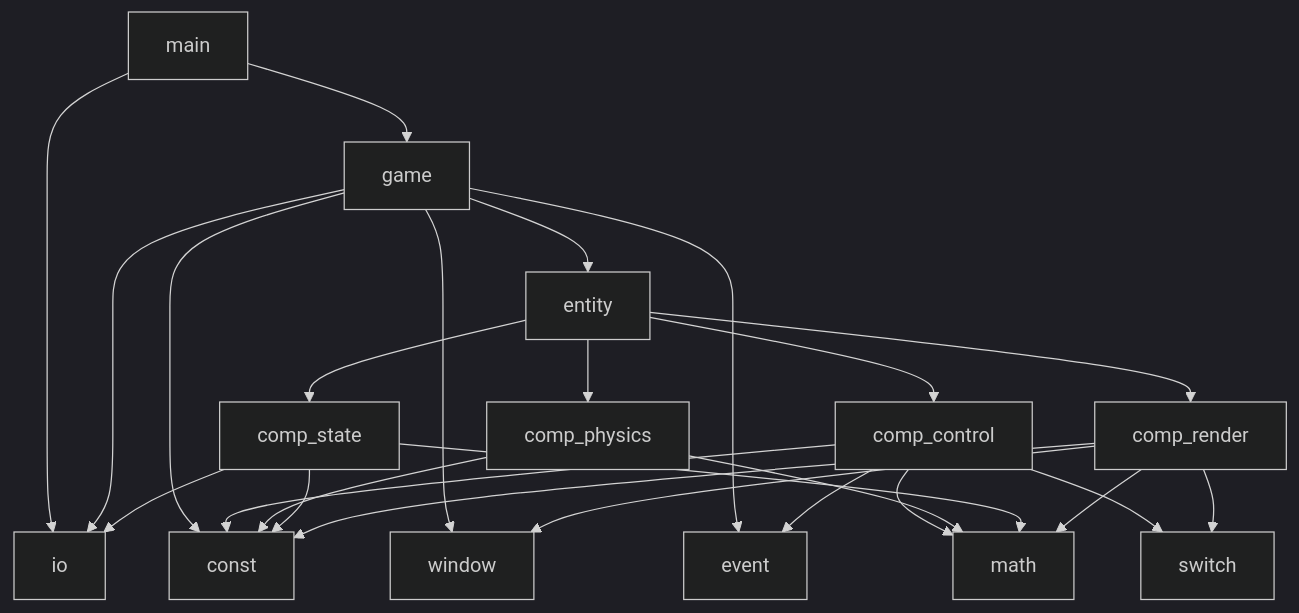
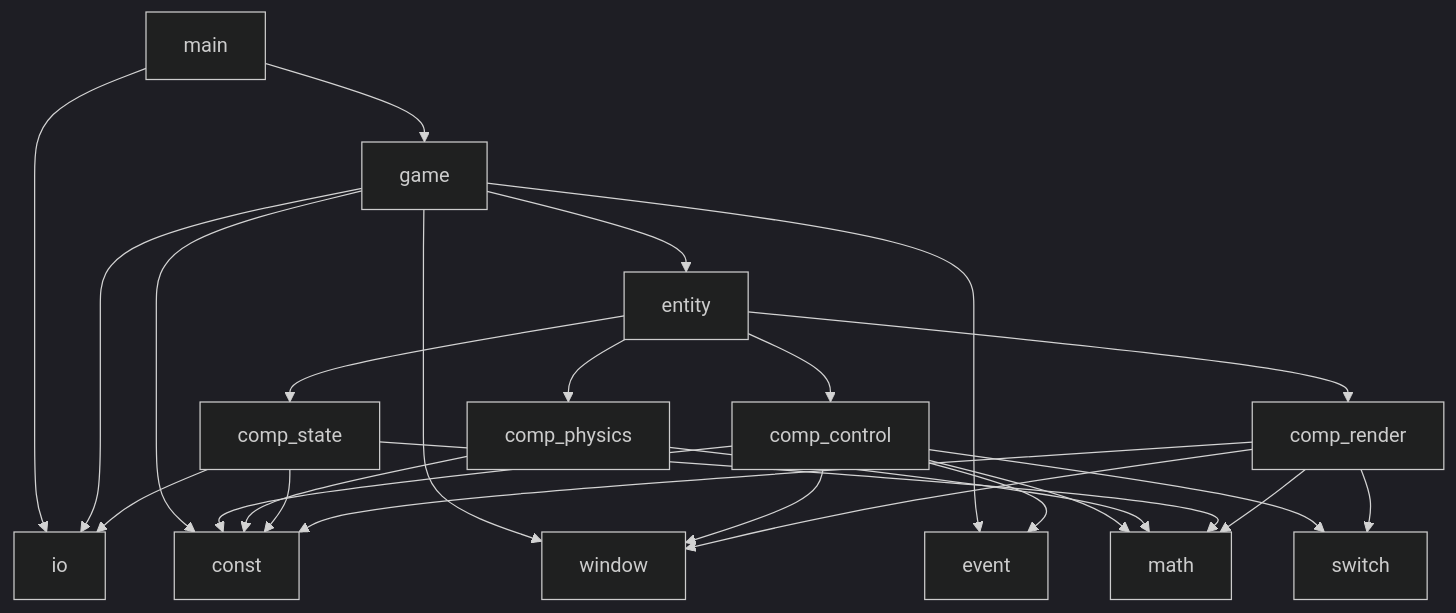
The first of 3 diagrams in README.md (dtldyg/physics-sync-demo), drawn with Mermaid (dark theme) before and after one commit. The commit also changed other lines of this file and 6 other files, not shown here.

````diff
--- a/README.md
+++ b/README.md
@@ -20,33 +20,34 @@
 ```mermaid
 graph TD
      main --> io
      main --> game
 
      game --> const
      game --> io
      game --> window
      game --> event
      game --> entity
 
      entity --> comp_control
      entity --> comp_physics
      entity --> comp_state
      entity --> comp_render
 
+     comp_control --> window
      comp_control --> event
      comp_control --> math
      comp_control --> const
      comp_control --> switch
 
      comp_physics --> math
      comp_physics --> const
 
      comp_state --> io
      comp_state --> math
      comp_state --> const
 
      comp_render --> window
      comp_render --> math
      comp_render --> const
      comp_render --> switch
 ```
````
